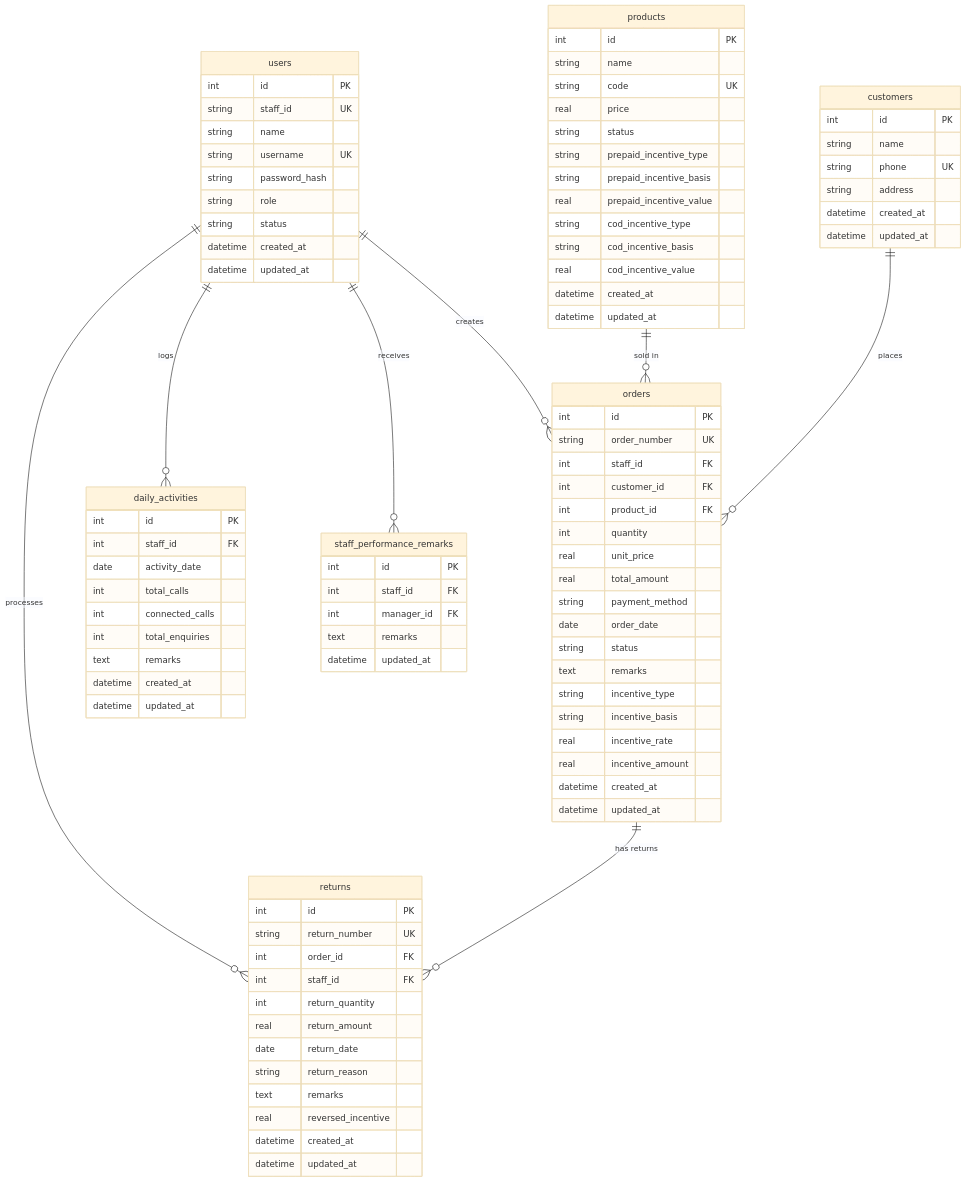
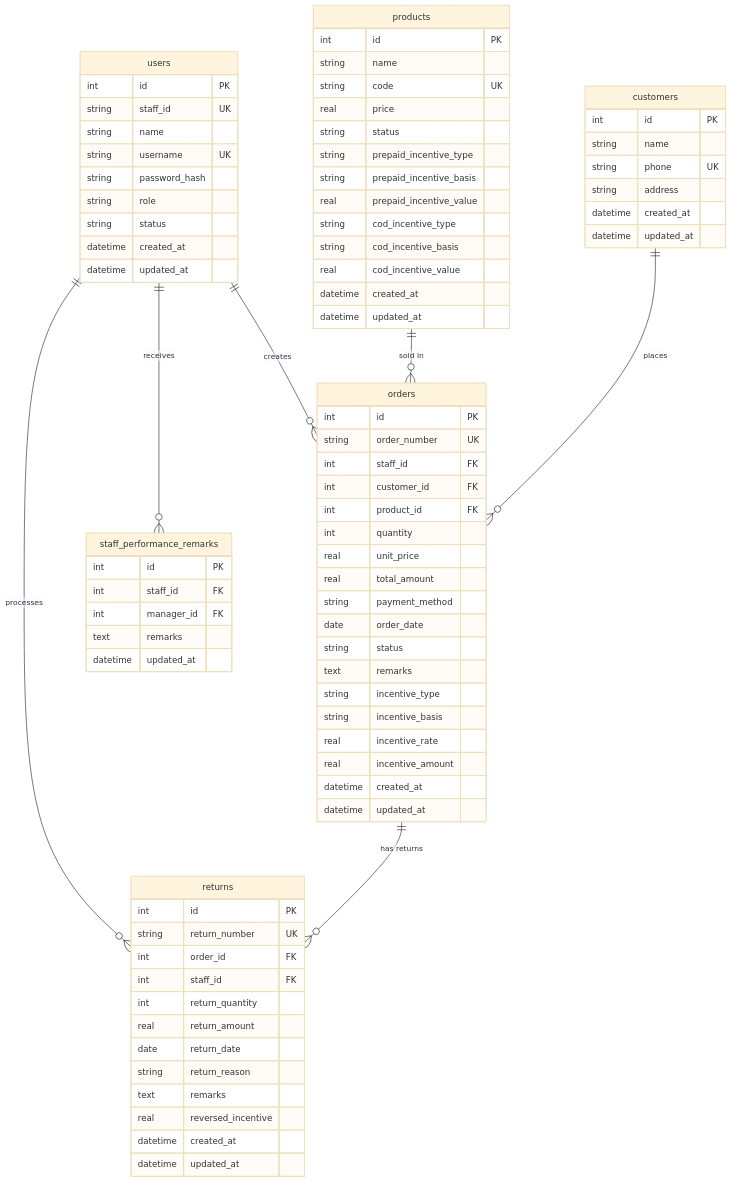
Before and after one commit to neefdevelopers/Sales-Analyser: the second of 2 diagrams in README.md, drawn with Mermaid (base theme). The commit also changed other lines of this file and 21 other files, not shown here.

Commit message:
Simplify Sales Management System: Remove enquiries, calls, and daily activity deadline

```diff
--- a/README.md
+++ b/README.md
@@ -366,7 +290,6 @@
 erDiagram
     users ||--o{ orders : "creates"
     users ||--o{ returns : "processes"
-    users ||--o{ daily_activities : "logs"
     users ||--o{ staff_performance_remarks : "receives"
     
     products ||--o{ orders : "sold in"
@@ -446,18 +369,6 @@
         datetime updated_at
     }
 
-    daily_activities {
-        int id PK
-        int staff_id FK
-        date activity_date
-        int total_calls
-        int connected_calls
-        int total_enquiries
-        text remarks
-        datetime created_at
-        datetime updated_at
-    }
-
     staff_performance_remarks {
         int id PK
         int staff_id FK
```
